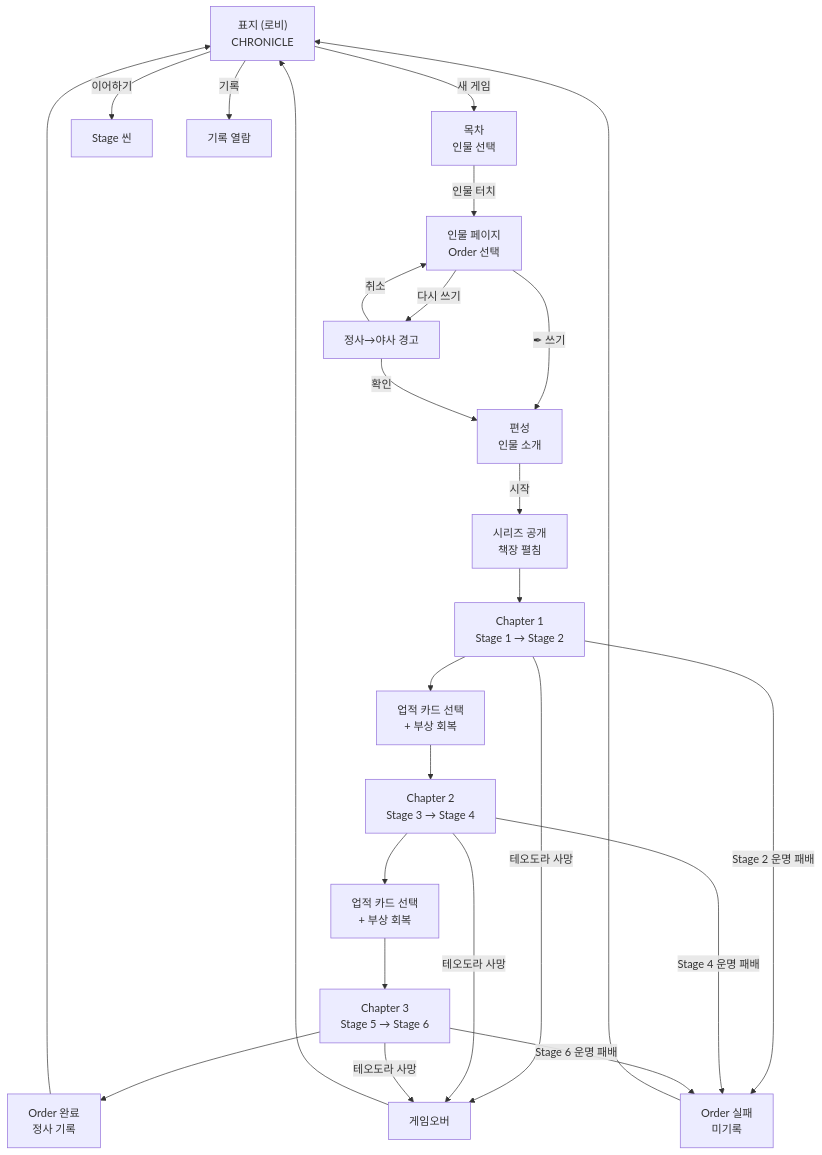
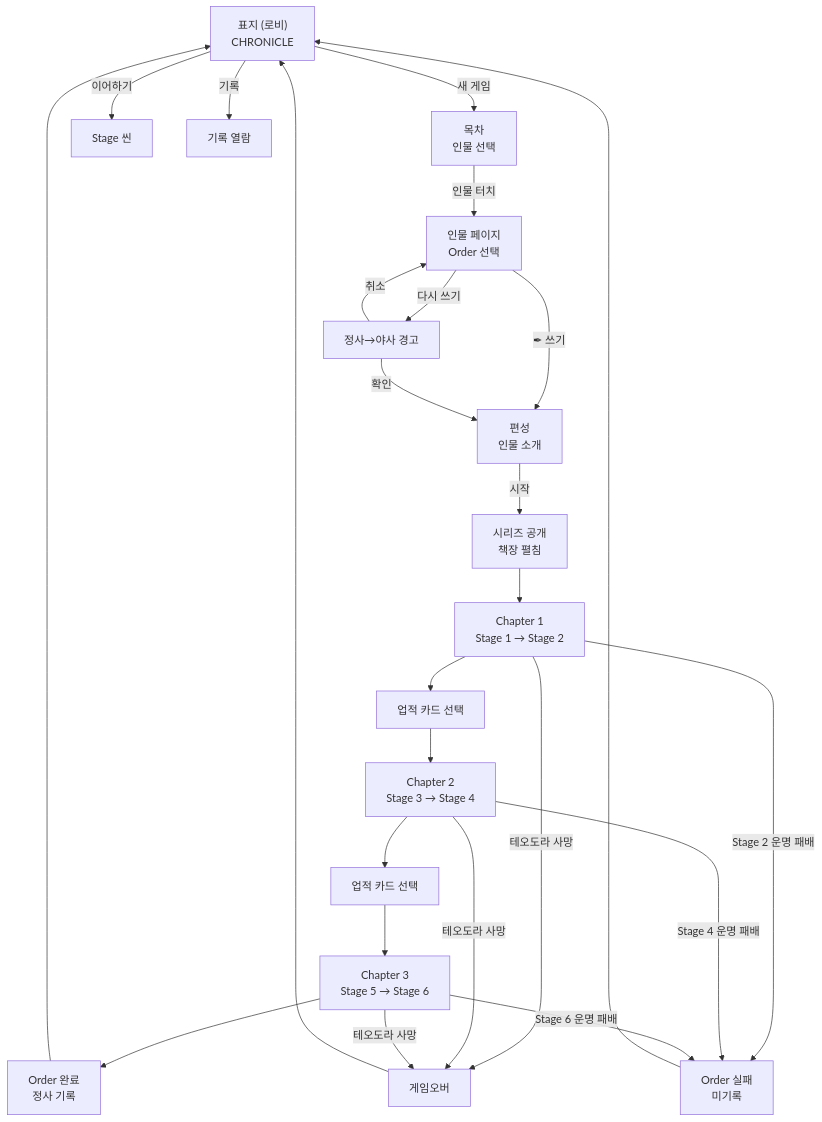
Before and after one commit to roam1215-beep/Chronicle-wiki: the diagram in 04_메타/책구조.md, drawn with Mermaid. The commit also changed other lines of this file and 12 other files, not shown here.

````diff
--- a/04_메타/책구조.md
+++ b/04_메타/책구조.md
@@ -128,31 +128,31 @@
 ```mermaid
 flowchart TD
     COVER["표지 (로비)\nCHRONICLE"] -->|새 게임| TOC["목차\n인물 선택"]
     COVER -->|이어하기| STAGE["Stage 씬"]
     COVER -->|기록| RECORD["기록 열람"]
     
     TOC -->|인물 터치| CHARPAGE["인물 페이지\nOrder 선택"]
     
     CHARPAGE -->|✒ 쓰기| FORMATION["편성\n인물 소개"]
     CHARPAGE -->|다시 쓰기| WARN["정사→야사 경고"]
     WARN -->|확인| FORMATION
     WARN -->|취소| CHARPAGE
     
     FORMATION -->|시작| SERIES["시리즈 공개\n책장 펼침"]
     SERIES --> CH1["Chapter 1\nStage 1 → Stage 2"]
-    CH1 --> ACHIEVE1["업적 카드 선택\n+ 부상 회복"]
+    CH1 --> ACHIEVE1["업적 카드 선택"]
     ACHIEVE1 --> CH2["Chapter 2\nStage 3 → Stage 4"]
-    CH2 --> ACHIEVE2["업적 카드 선택\n+ 부상 회복"]
+    CH2 --> ACHIEVE2["업적 카드 선택"]
     ACHIEVE2 --> CH3["Chapter 3\nStage 5 → Stage 6"]
     CH3 --> SAVE["Order 완료\n정사 기록"]
     SAVE --> COVER
     
     CH1 -->|테오도라 사망| GAMEOVER["게임오버"]
     CH2 -->|테오도라 사망| GAMEOVER
     CH3 -->|테오도라 사망| GAMEOVER
     CH1 -->|Stage 2 운명 패배| FAIL["Order 실패\n미기록"]
     CH2 -->|Stage 4 운명 패배| FAIL
     CH3 -->|Stage 6 운명 패배| FAIL
     GAMEOVER --> COVER
     FAIL --> COVER
 ```
````
